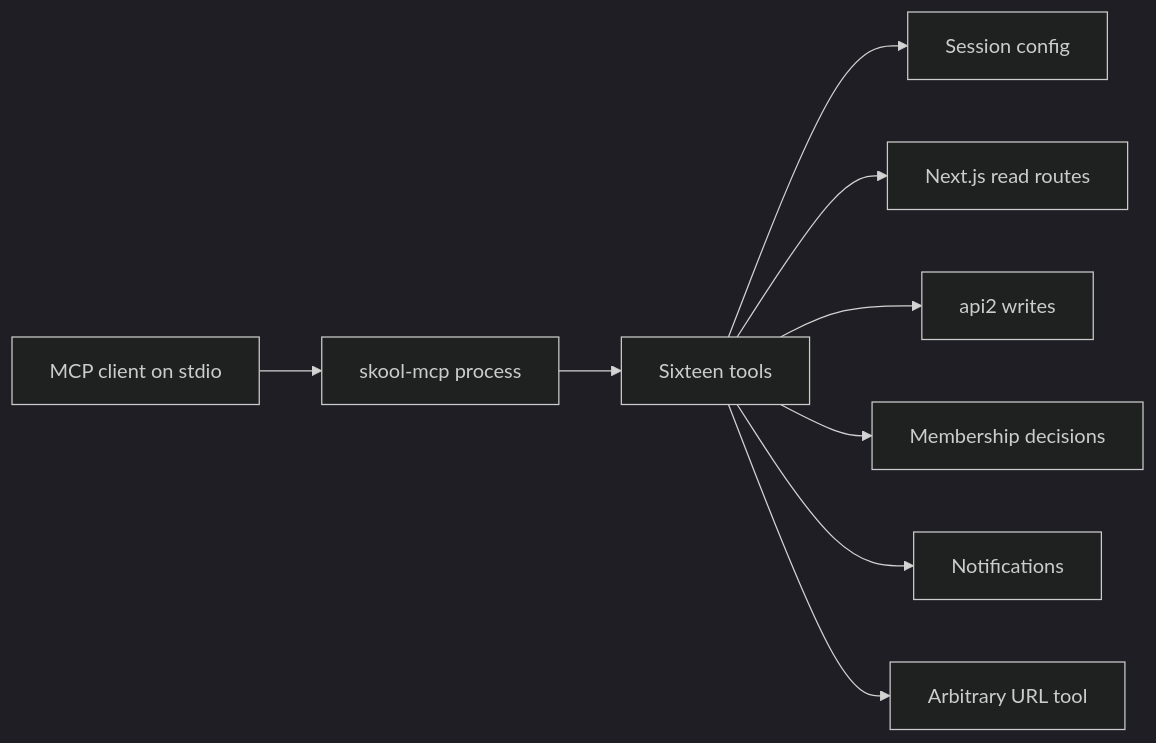
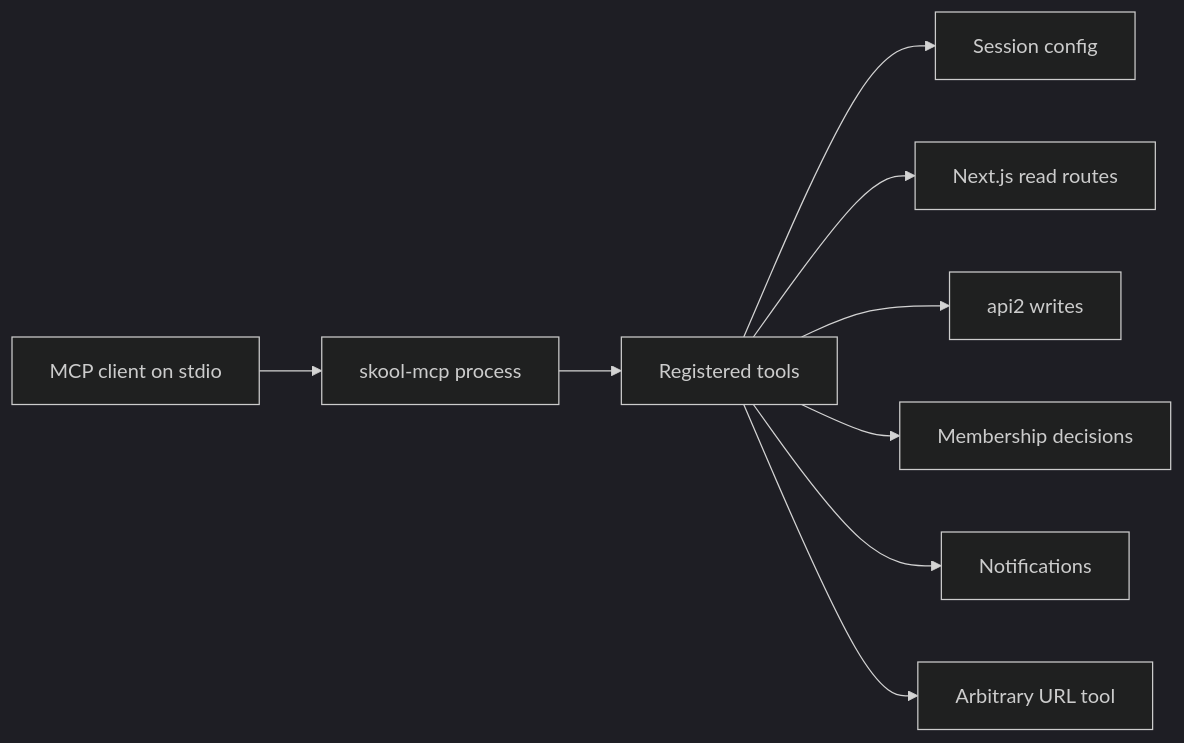
The diagram in docs/state/README.md (LeadGrowGTM/skool-mcp), drawn with Mermaid (dark theme) before and after one commit. The commit also changed other lines of this file and 4 other files, not shown here.

````diff
--- a/docs/state/README.md
+++ b/docs/state/README.md
@@ -34,11 +35,11 @@
 ```mermaid
 flowchart LR
     Host[MCP client on stdio] --> Server[skool-mcp process]
-    Server --> Tools[Sixteen tools]
+    Server --> Tools[Registered tools]
     Tools --> Config[Session config]
     Tools --> NextReads[Next.js read routes]
     Tools --> ApiWrites[api2 writes]
     Tools --> Membership[Membership decisions]
     Tools --> Notifications[Notifications]
     Tools --> Raw[Arbitrary URL tool]
 ```
````
